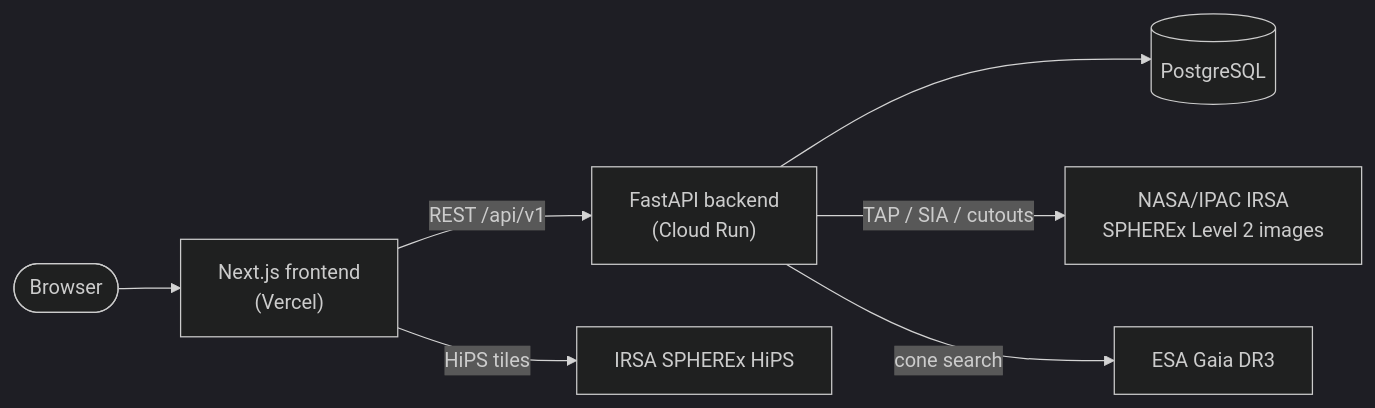
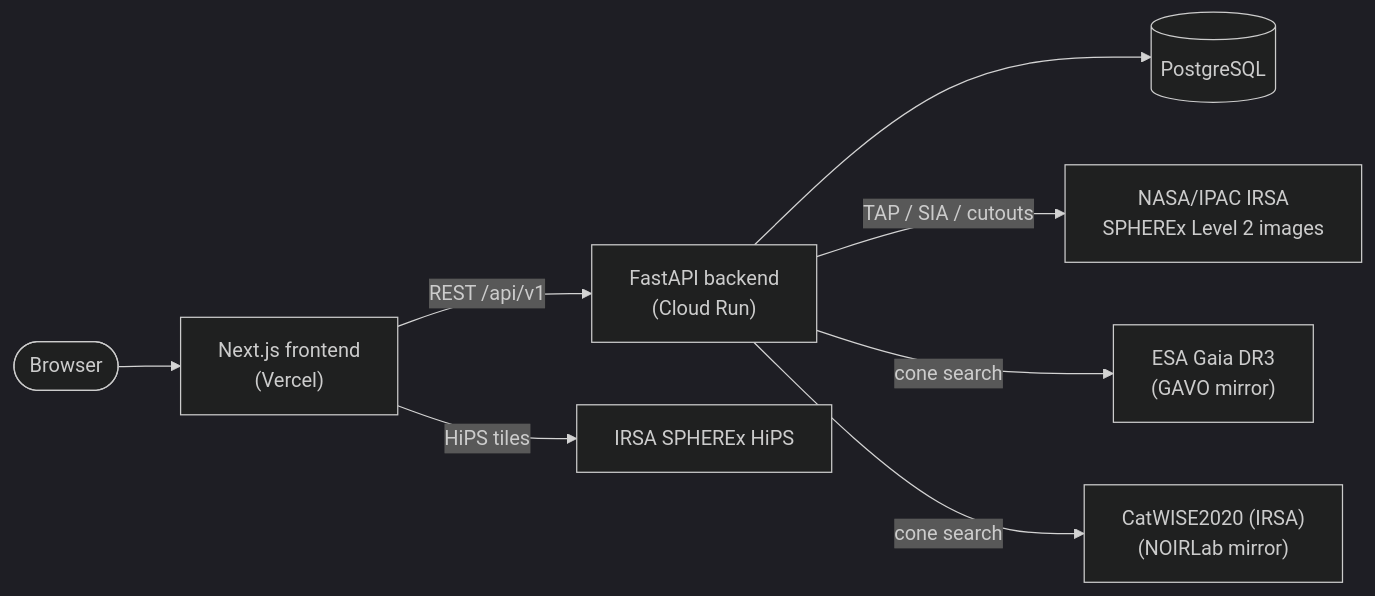
The diagram in README.md (toroc07/nebo-app), drawn with Mermaid (dark theme) before and after one commit. The commit also changed other lines of this file and 11 other files, not shown here.

Commit message:
feat: sky-map landmarks and hover names for every marker; docs audit (test counts, CatWISE and mirrors, components, sources)

````diff
--- a/README.md
+++ b/README.md
@@ -164,9 +167,10 @@
 ```mermaid
 flowchart LR
   user(["Browser"]) --> fe["Next.js frontend<br/>(Vercel)"]
   fe -- "REST /api/v1" --> api["FastAPI backend<br/>(Cloud Run)"]
   fe -- "HiPS tiles" --> hips["IRSA SPHEREx HiPS"]
   api --> pg[("PostgreSQL")]
   api -- "TAP / SIA / cutouts" --> irsa["NASA/IPAC IRSA<br/>SPHEREx Level 2 images"]
-  api -- "cone search" --> gaia["ESA Gaia DR3"]
+  api -- "cone search" --> gaia["ESA Gaia DR3<br/>(GAVO mirror)"]
+  api -- "cone search" --> catwise["CatWISE2020 (IRSA)<br/>(NOIRLab mirror)"]
 ```
````
